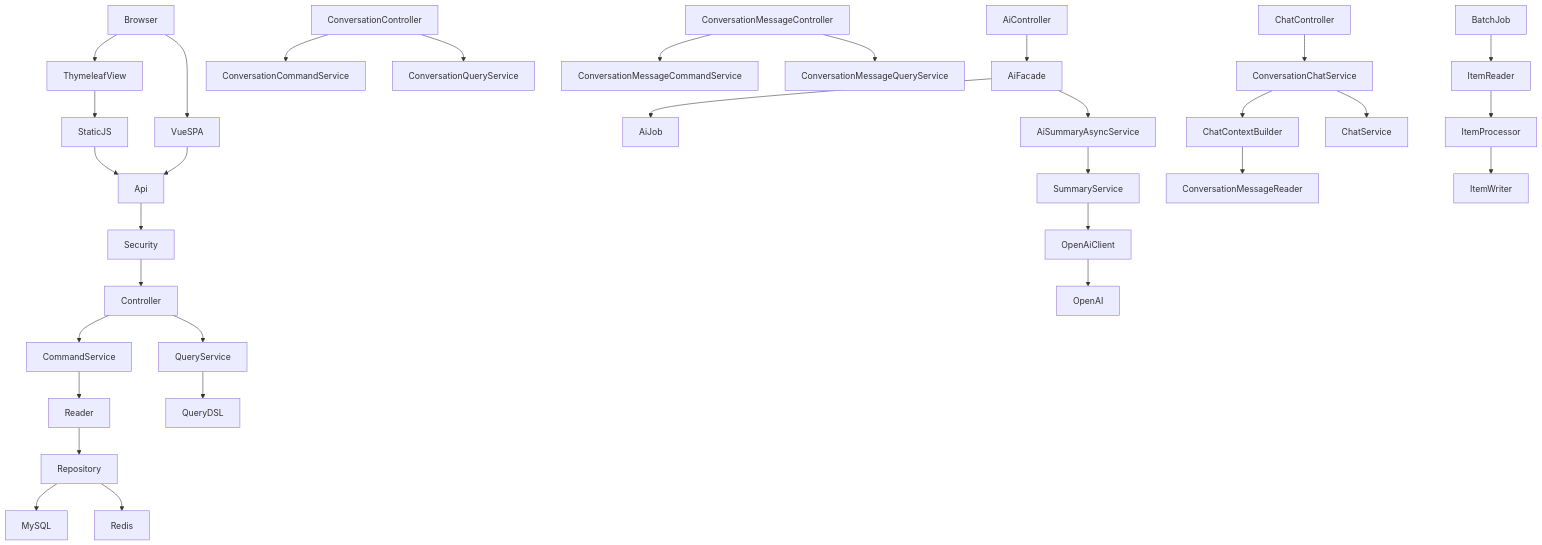
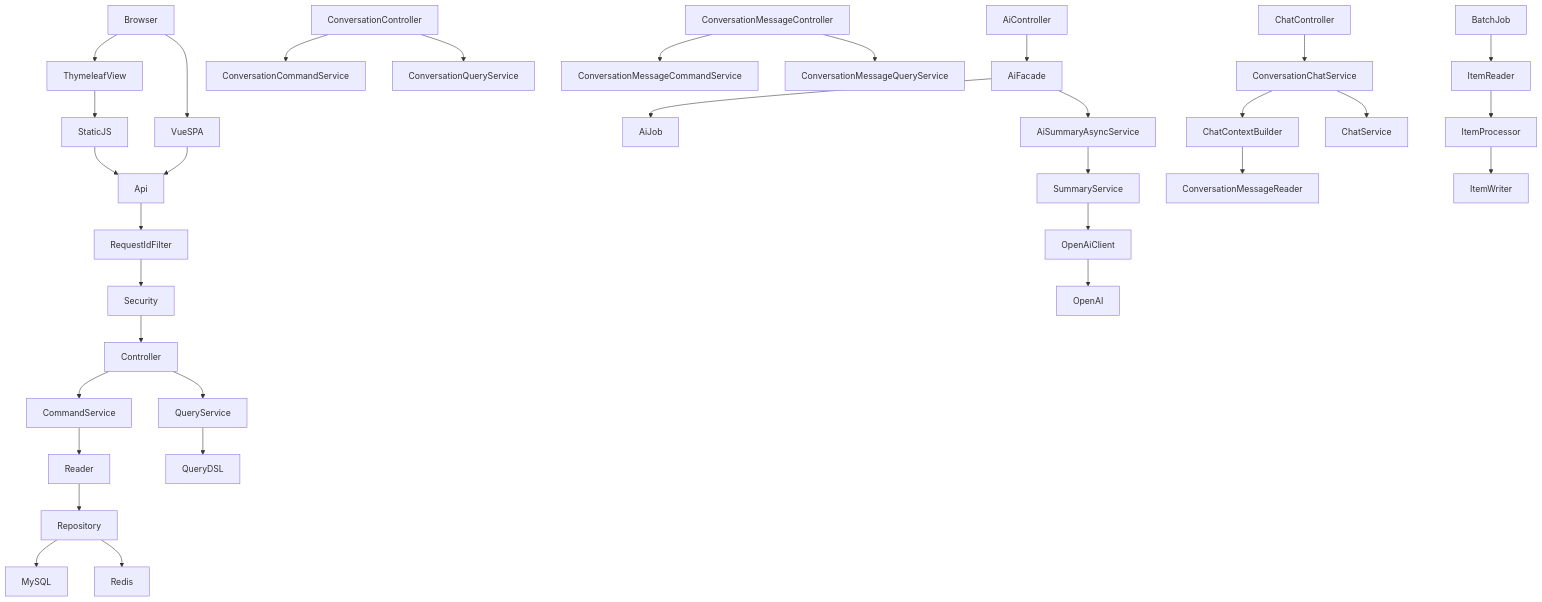
One commit to keunoh/feldbuch changed the second of 6 diagrams in docs/FELDBUCH_DEVELOPMENT_DOCUMENTATION.md. Above: the diagram before and after it, drawn with Mermaid. The commit also changed other lines of this file and 3 other files, not shown here.

````diff
--- a/docs/FELDBUCH_DEVELOPMENT_DOCUMENTATION.md
+++ b/docs/FELDBUCH_DEVELOPMENT_DOCUMENTATION.md
@@ -264,42 +276,43 @@
 ```mermaid
 flowchart TD
     Browser --> ThymeleafView
     Browser --> VueSPA
 
     ThymeleafView --> StaticJS
     StaticJS --> Api
     VueSPA --> Api
 
-    Api --> Security
+    Api --> RequestIdFilter
+    RequestIdFilter --> Security
     Security --> Controller
 
     Controller --> CommandService
     Controller --> QueryService
 
     CommandService --> Reader
     QueryService --> QueryDSL
 
     Reader --> Repository
     Repository --> MySQL
     Repository --> Redis
 
     AiController --> AiFacade
     AiFacade --> AiJob
     AiFacade --> AiSummaryAsyncService
     AiSummaryAsyncService --> SummaryService
     SummaryService --> OpenAiClient
     OpenAiClient --> OpenAI
 
     ConversationController --> ConversationCommandService
     ConversationController --> ConversationQueryService
     ConversationMessageController --> ConversationMessageCommandService
     ConversationMessageController --> ConversationMessageQueryService
     ChatController --> ConversationChatService
     ConversationChatService --> ChatContextBuilder
     ChatContextBuilder --> ConversationMessageReader
     ConversationChatService --> ChatService
 
     BatchJob --> ItemReader
     ItemReader --> ItemProcessor
     ItemProcessor --> ItemWriter
 ```
````
